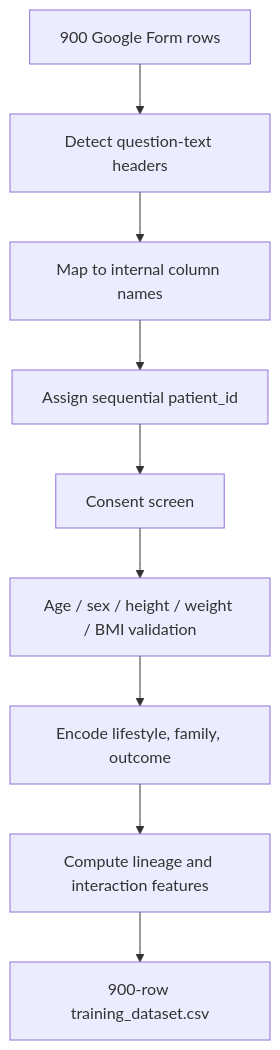
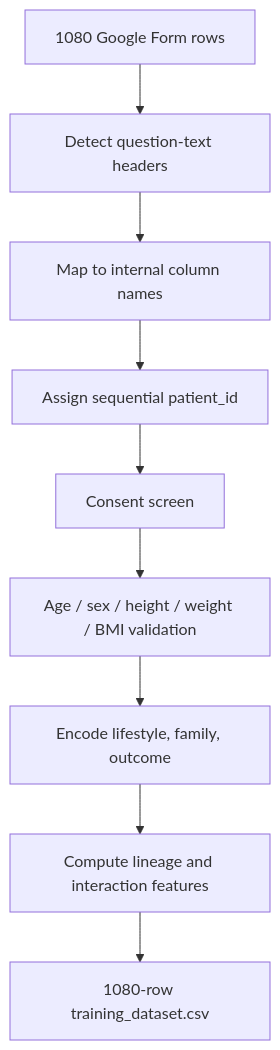
The diagram in docs/DATA_CLEANING.md (Lance0519/DESCEND), drawn with Mermaid before and after one commit. The commit also changed other lines of this file and 12 other files, not shown here.

````diff
--- a/docs/DATA_CLEANING.md
+++ b/docs/DATA_CLEANING.md
@@ -107,11 +111,11 @@
 ```mermaid
 flowchart TD
-    A[900 Google Form rows] --> B[Detect question-text headers]
+    A[1080 Google Form rows] --> B[Detect question-text headers]
     B --> C[Map to internal column names]
     C --> D[Assign sequential patient_id]
     D --> E[Consent screen]
     E --> F[Age / sex / height / weight / BMI validation]
     F --> G[Encode lifestyle, family, outcome]
     G --> H[Compute lineage and interaction features]
-    H --> I[900-row training_dataset.csv]
+    H --> I[1080-row training_dataset.csv]
 ```
````
